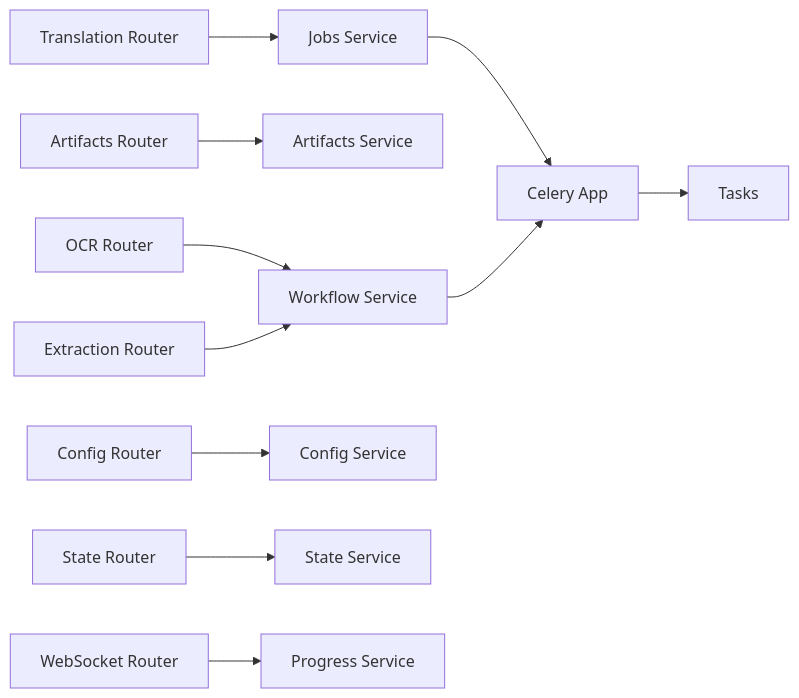
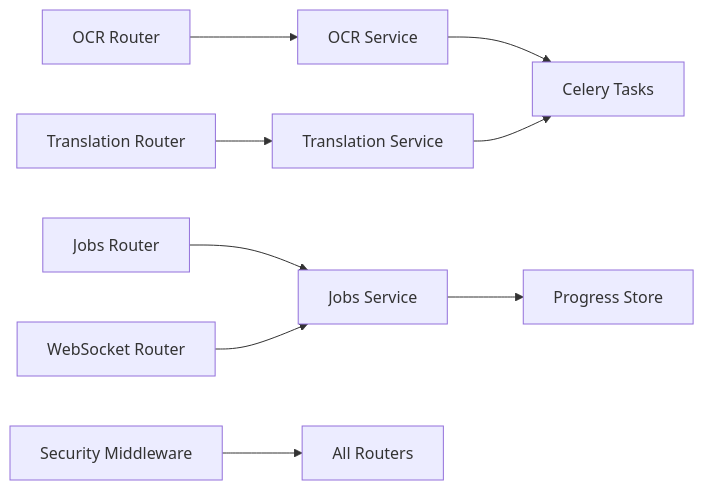
One commit to Sifr-r/LocalDeepL changed the fifth of 5 diagrams in .qoder/repowiki/en/content/API Reference/API Reference.md. Above: the diagram before and after it, drawn with Mermaid. The commit also changed other lines of this file and 246 other files, not shown here.

````diff
--- a/.qoder/repowiki/en/content/API Reference/API Reference.md
+++ b/.qoder/repowiki/en/content/API Reference/API Reference.md
@@ -360,13 +344,11 @@
 ```mermaid
 graph LR
-Router_Translation["Translation Router"] --> Service_Jobs["Jobs Service"]
-Router_Artifacts["Artifacts Router"] --> Service_Artifacts["Artifacts Service"]
-Router_OCR["OCR Router"] --> Service_Workflow["Workflow Service"]
-Router_Extraction["Extraction Router"] --> Service_Workflow
-Router_Config["Config Router"] --> Service_Config["Config Service"]
-Router_State["State Router"] --> Service_State["State Service"]
-Router_Websocket["WebSocket Router"] --> Service_Progress["Progress Service"]
-Service_Jobs --> Celery["Celery App"]
-Service_Workflow --> Celery
-Celery --> Tasks["Tasks"]
+R_OCR["OCR Router"] --> S_OCR["OCR Service"]
+R_Translation["Translation Router"] --> S_Translation["Translation Service"]
+R_Jobs["Jobs Router"] --> S_Jobs["Jobs Service"]
+R_WS["WebSocket Router"] --> S_Jobs
+S_Jobs --> P["Progress Store"]
+S_OCR --> C["Celery Tasks"]
+S_Translation --> C
+SecMW["Security Middleware"] --> All["All Routers"]
 ```
````
